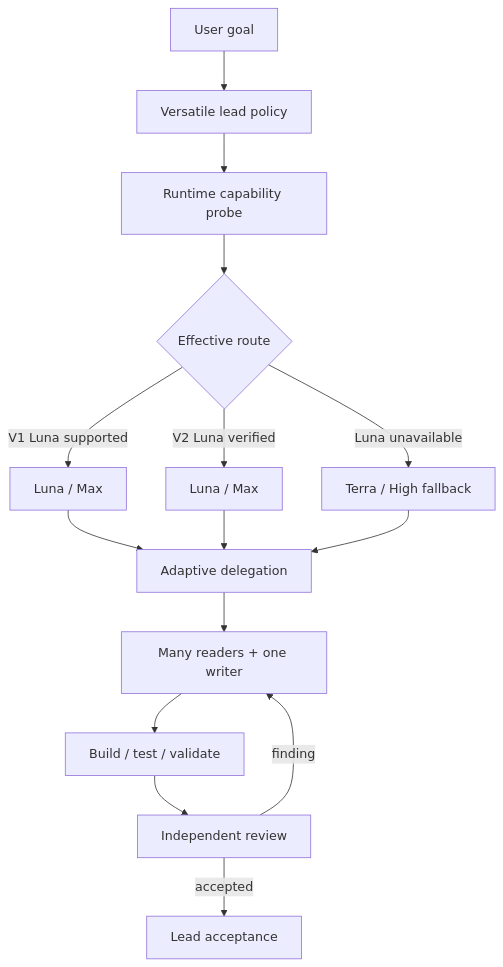
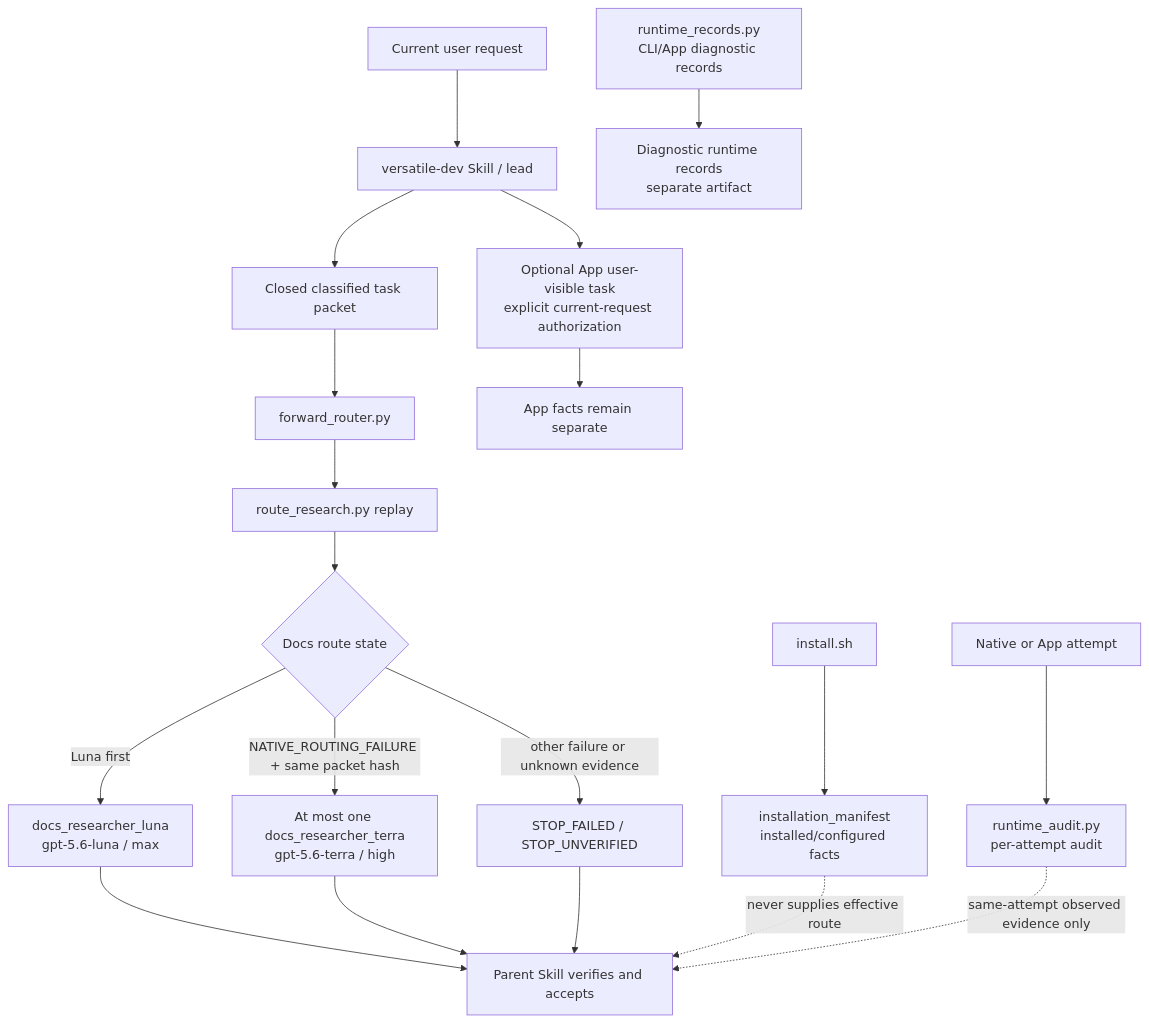
Before and after one commit to joe-cheung-cae/versatile_agent: the diagram in DEVELOPMENT_PLAN.md, drawn with Mermaid. The commit also changed other lines of this file and 3 other files, not shown here.

````diff
--- a/DEVELOPMENT_PLAN.md
+++ b/DEVELOPMENT_PLAN.md
@@ -18,17 +44,21 @@
 ```mermaid
 flowchart TB
-    U["User goal"] --> L["Versatile lead policy"]
-    L --> P["Runtime capability probe"]
-    P --> R{"Effective route"}
-    R -->|"V1 Luna supported"| LV1["Luna / Max"]
-    R -->|"V2 Luna verified"| LV2["Luna / Max"]
-    R -->|"Luna unavailable"| TF["Terra / High fallback"]
-    LV1 --> D["Adaptive delegation"]
-    LV2 --> D
-    TF --> D
-    D --> W["Many readers + one writer"]
-    W --> V["Build / test / validate"]
-    V --> Q["Independent review"]
-    Q -->|"finding"| W
-    Q -->|"accepted"| A["Lead acceptance"]
+    U["Current user request"] --> L["versatile-dev Skill / lead"]
+    L --> P["Closed classified task packet"]
+    P --> F["forward_router.py"]
+    F --> R["route_research.py replay"]
+    R --> C{"Docs route state"}
+    C -->|"Luna first"| LU["docs_researcher_luna\ngpt-5.6-luna / max"]
+    C -->|"NATIVE_ROUTING_FAILURE + same packet hash"| TE["At most one docs_researcher_terra\ngpt-5.6-terra / high"]
+    C -->|"other failure or unknown evidence"| S["STOP_FAILED / STOP_UNVERIFIED"]
+    LU --> A["Parent Skill verifies and accepts"]
+    TE --> A
+    S --> A
+    L --> AP["Optional App user-visible task\nexplicit current-request authorization"]
+    AP --> AX["App facts remain separate"]
+    I["install.sh"] --> M["installation_manifest\ninstalled/configured facts"]
+    D["runtime_records.py\nCLI/App diagnostic records"] --> DR["Diagnostic runtime records\nseparate artifact"]
+    N["Native or App attempt"] --> RA["runtime_audit.py\nper-attempt audit"]
+    M -. "never supplies effective route" .-> A
+    RA -. "same-attempt observed evidence only" .-> A
 ```
````
